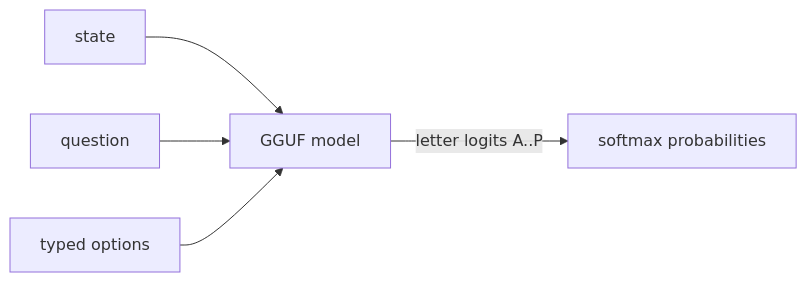
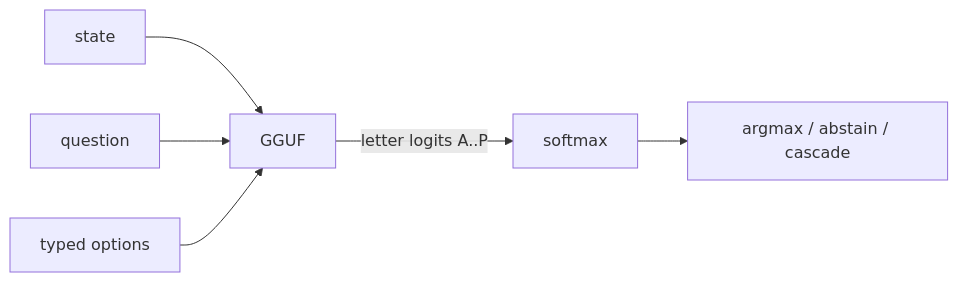
The first of 2 diagrams in README.md (inatos/ereshkigal), drawn with Mermaid before and after one commit. The commit also changed other lines of this file and 106 other files, not shown here.

````diff
--- a/README.md
+++ b/README.md
@@ -7,7 +7,8 @@
 ```mermaid
 flowchart LR
-  S[state] --> M[GGUF model]
-  C[question] --> M
-  O[typed options] --> M
-  M -- letter logits A..P --> P[softmax probabilities]
+  state[state] --> model[GGUF]
+  question[question] --> model
+  options[typed options] --> model
+  model -->|"letter logits A..P"| probs[softmax]
+  probs --> decide[argmax / abstain / cascade]
 ```
````
